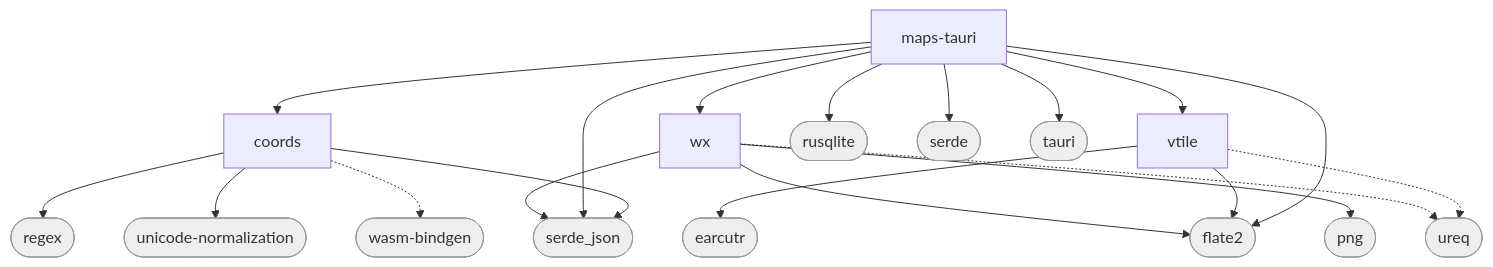
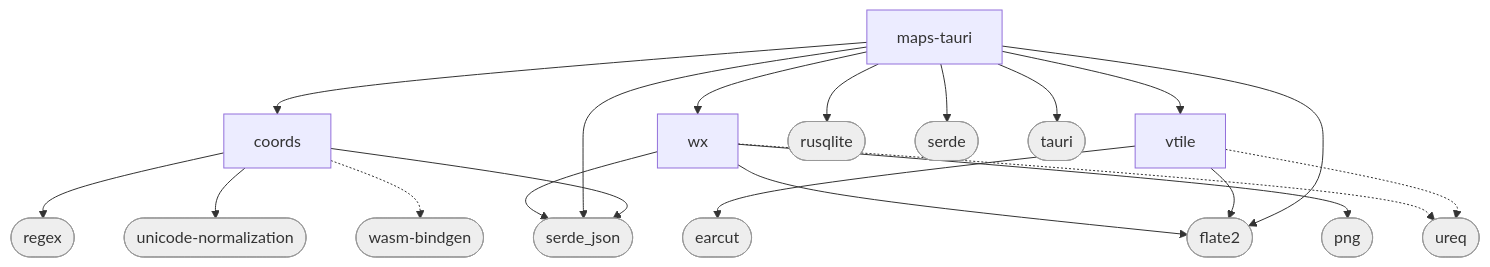
The diagram in book/src/crates.mmd (jake-king/maps-tauri), drawn with Mermaid before and after one commit. The commit also changed 6 other files, not shown here.

First line of the commit message:
vtile: triangulate with earcut, not earcutr, which hangs on some polygons

```diff
--- a/book/src/crates.mmd
+++ b/book/src/crates.mmd
@@ -1,38 +1,38 @@
 %% generated by tools/crate_graph.py from cargo metadata; the gate checks it is current
 flowchart TD
   coords[coords]
   maps_tauri[maps-tauri]
   vtile[vtile]
   wx[wx]
-  earcutr([earcutr])
+  earcut([earcut])
   flate2([flate2])
   png([png])
   regex([regex])
   rusqlite([rusqlite])
   serde([serde])
   serde_json([serde_json])
   tauri([tauri])
   unicode_normalization([unicode-normalization])
   ureq([ureq])
   wasm_bindgen([wasm-bindgen])
   coords --> regex
   coords --> serde_json
   coords --> unicode_normalization
   coords -.-> wasm_bindgen
   maps_tauri --> coords
   maps_tauri --> flate2
   maps_tauri --> rusqlite
   maps_tauri --> serde
   maps_tauri --> serde_json
   maps_tauri --> tauri
   maps_tauri --> vtile
   maps_tauri --> wx
-  vtile --> earcutr
+  vtile --> earcut
   vtile --> flate2
   vtile -.-> ureq
   wx --> flate2
   wx --> png
   wx --> serde_json
   wx -.-> ureq
-  class earcutr,flate2,png,regex,rusqlite,serde,serde_json,tauri,unicode_normalization,ureq,wasm_bindgen external
+  class earcut,flate2,png,regex,rusqlite,serde,serde_json,tauri,unicode_normalization,ureq,wasm_bindgen external
   classDef external fill:#eee,stroke:#999,color:#333
```
